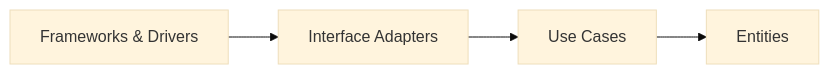
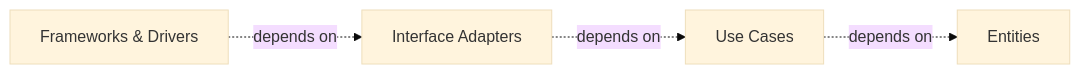
Before and after one commit to AndresTaoFlorez/software-architecture: the second of 2 diagrams in clean-architecture/2-the-four-layers.md, drawn with Mermaid (base theme). The commit also changed other lines of this file and 21 other files, not shown here.

````diff
--- a/clean-architecture/2-the-four-layers.md
+++ b/clean-architecture/2-the-four-layers.md
@@ -178,4 +178,4 @@
 ```mermaid
 flowchart LR
-    F["Frameworks & Drivers"] --> A["Interface Adapters"] --> U["Use Cases"] --> E["Entities"]
+    F["Frameworks & Drivers"] -. "depends on" .-> A["Interface Adapters"] -. "depends on" .-> U["Use Cases"] -. "depends on" .-> E["Entities"]
 ```
````
